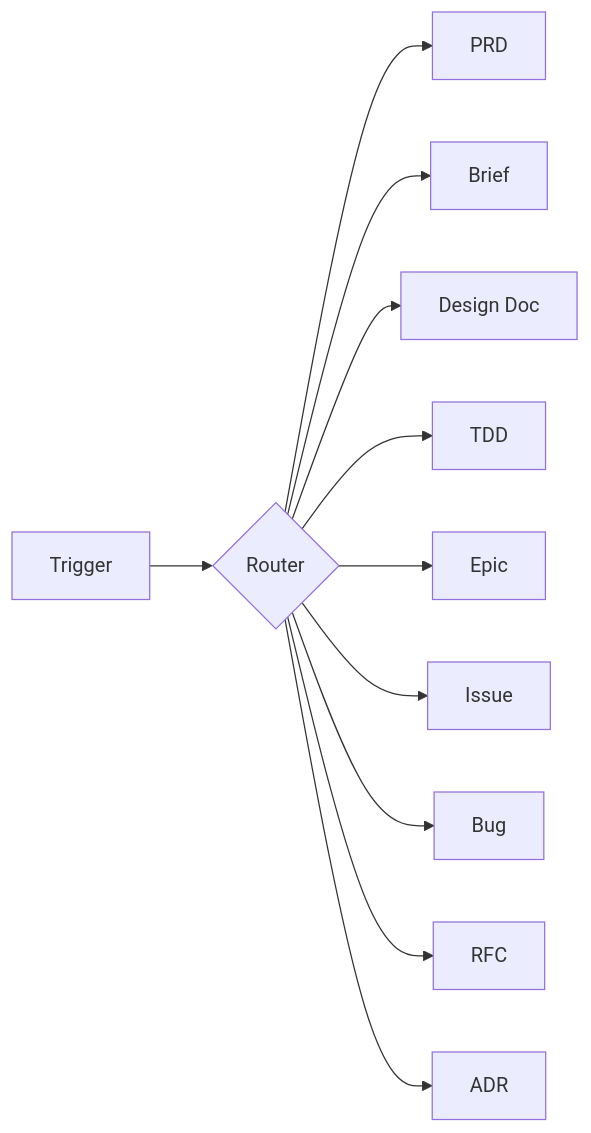
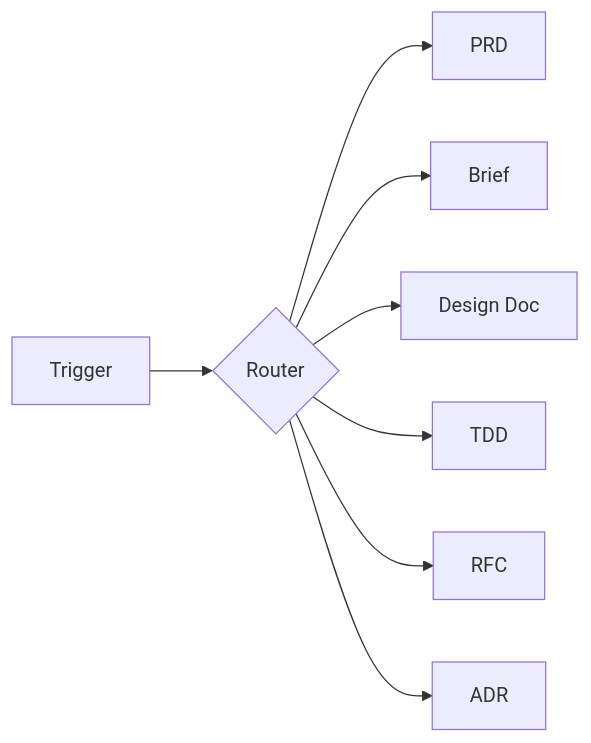
One commit to adeonir/agent-skills changed the diagram in skills/(product)/docs-writer/README.md. Above: the diagram before and after it, drawn with Mermaid. The commit also changed other lines of this file and 10 other files, not shown here.

First line of the commit message:
refactor: remove epic, issue, and bug types from docs-writer

````diff
--- a/skills/(product)/docs-writer/README.md
+++ b/skills/(product)/docs-writer/README.md
@@ -15,13 +15,10 @@
 ```mermaid
 flowchart LR
     T[Trigger] --> R{Router}
     R --> PRD[PRD]
     R --> B[Brief]
     R --> DD[Design Doc]
     R --> TDD[TDD]
-    R --> E[Epic]
-    R --> I[Issue]
-    R --> BG[Bug]
     R --> RFC[RFC]
     R --> ADR[ADR]
 ```
````
